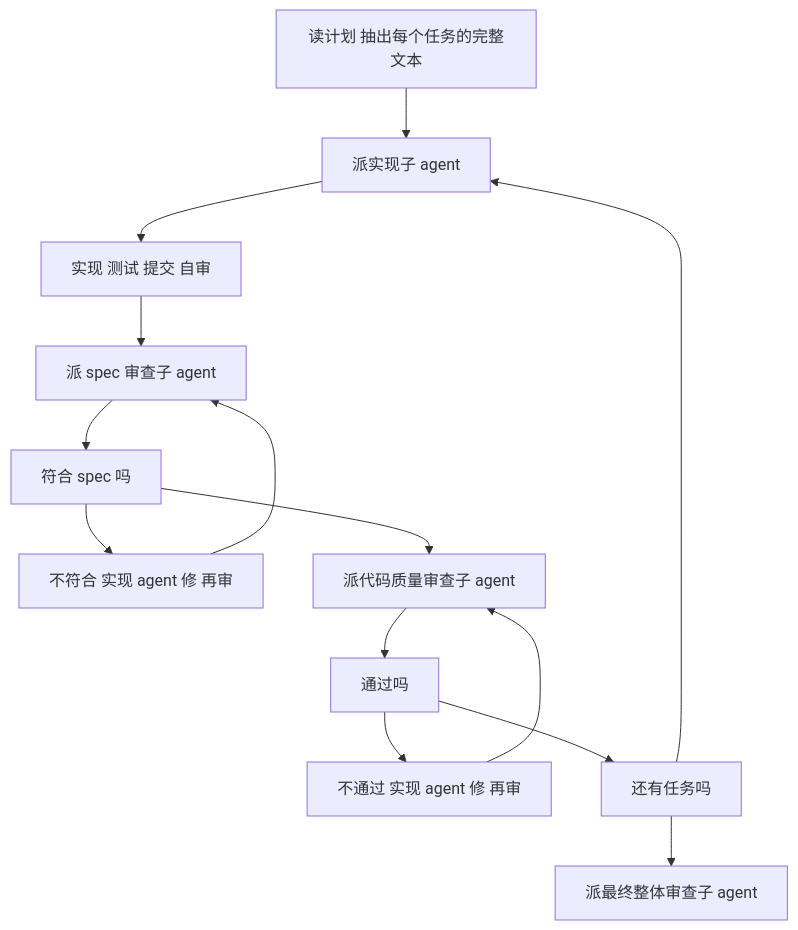
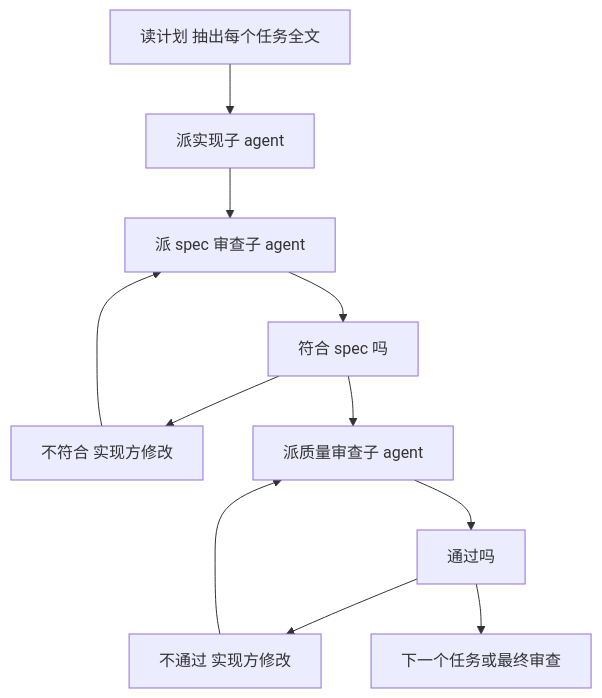
The fourth of 4 diagrams in book/02-superpowers.md (diguike/book-source-reading), drawn with Mermaid before and after one commit. The commit also changed other lines of this file and 14 other files, not shown here.

````diff
--- a/book/02-superpowers.md
+++ b/book/02-superpowers.md
@@ -350,16 +316,13 @@
 ```mermaid
 graph TB
-    A[读计划 抽出每个任务的完整文本] --> B[派实现子 agent]
-    B --> C[实现 测试 提交 自审]
-    C --> D[派 spec 审查子 agent]
+    A[读计划 抽出每个任务全文] --> B[派实现子 agent]
+    B --> D[派 spec 审查子 agent]
     D --> E[符合 spec 吗]
-    E --> F[不符合 实现 agent 修 再审]
+    E --> F[不符合 实现方修改]
     F --> D
-    E --> G[派代码质量审查子 agent]
+    E --> G[派质量审查子 agent]
     G --> H[通过吗]
-    H --> I[不通过 实现 agent 修 再审]
+    H --> I[不通过 实现方修改]
     I --> G
-    H --> J[还有任务吗]
-    J --> B
-    J --> K[派最终整体审查子 agent]
+    H --> J[下一个任务或最终审查]
 ```
````
